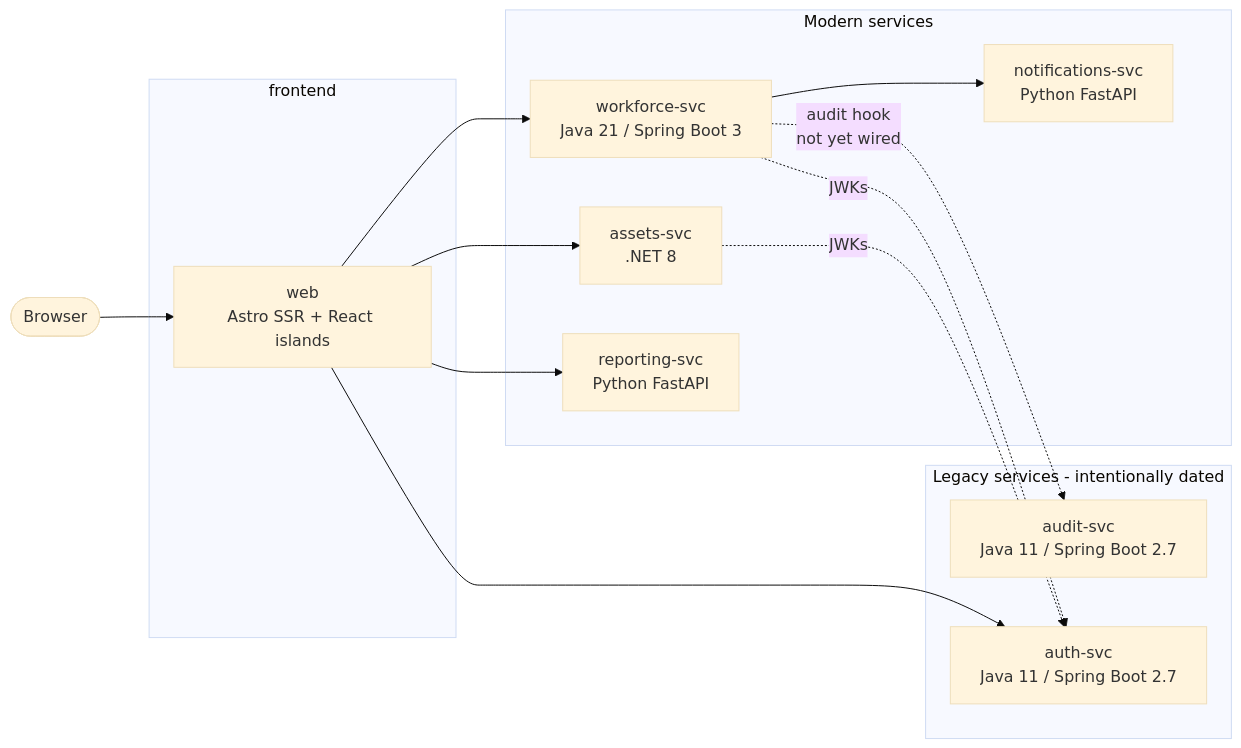
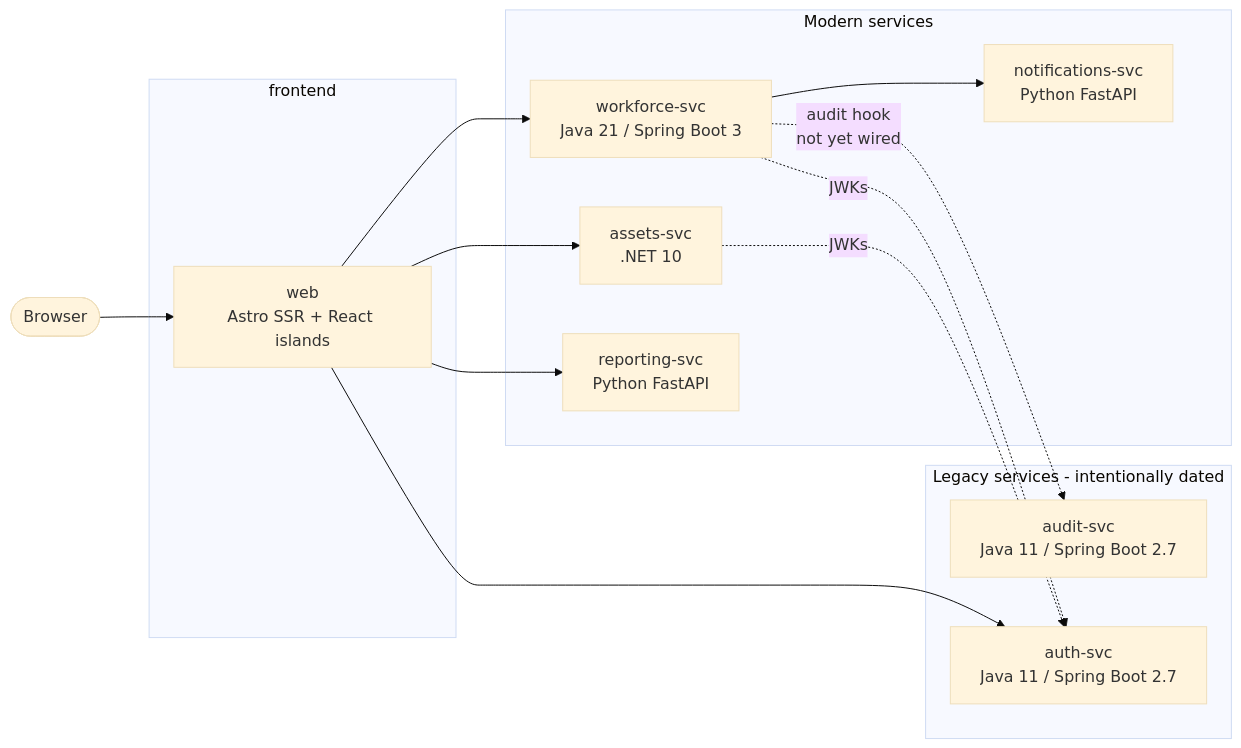
Before and after one commit to GeekTrainer/legacy-app: the diagram in README.md, drawn with Mermaid (base theme). The commit also changed other lines of this file and 9 other files, not shown here.

First line of the commit message:
Upgrade assets-svc from .NET 8 to .NET 10 (LTS) (#34)

````diff
--- a/README.md
+++ b/README.md
@@ -7,29 +7,29 @@
 ```mermaid
 flowchart LR
     browser([Browser]) --> web
 
     subgraph frontend
       web[web<br/>Astro SSR + React islands]
     end
 
     subgraph modern[Modern services]
-      assets[assets-svc<br/>.NET 8]
+      assets[assets-svc<br/>.NET 10]
       workforce[workforce-svc<br/>Java 21 / Spring Boot 3]
       reporting[reporting-svc<br/>Python FastAPI]
       notifications[notifications-svc<br/>Python FastAPI]
     end
 
     subgraph legacy[Legacy services - intentionally dated]
       audit[audit-svc<br/>Java 11 / Spring Boot 2.7]
       auth[auth-svc<br/>Java 11 / Spring Boot 2.7]
     end
 
     web --> assets
     web --> workforce
     web --> reporting
     web --> auth
     workforce -.audit hook<br/>not yet wired.-> audit
     workforce --> notifications
     assets -.JWKs.-> auth
     workforce -.JWKs.-> auth
 ```
````
